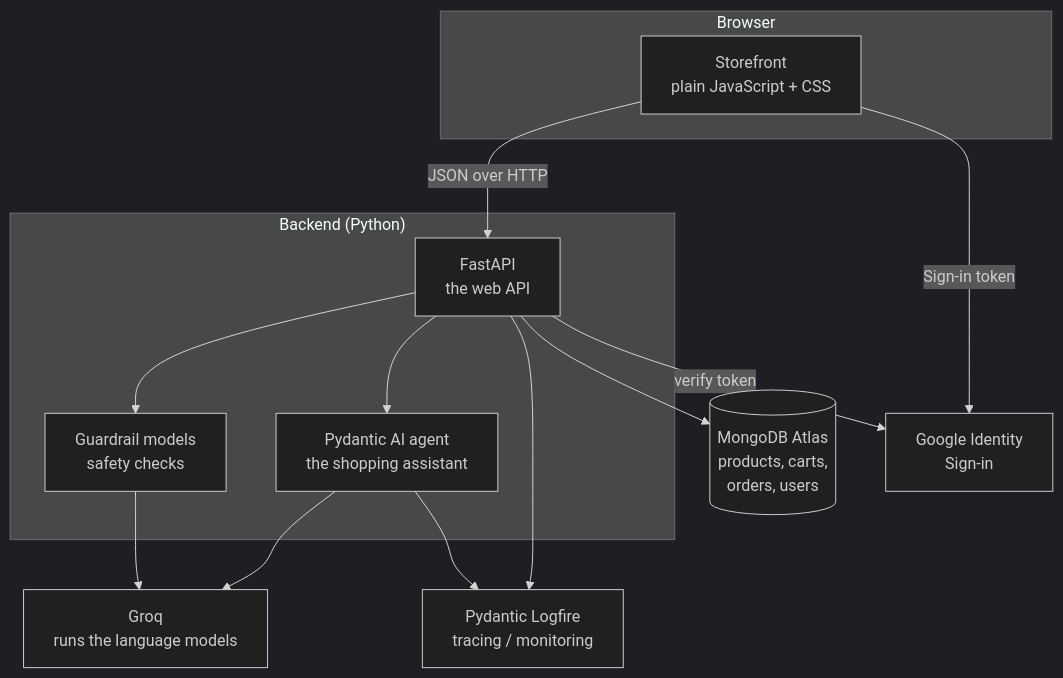
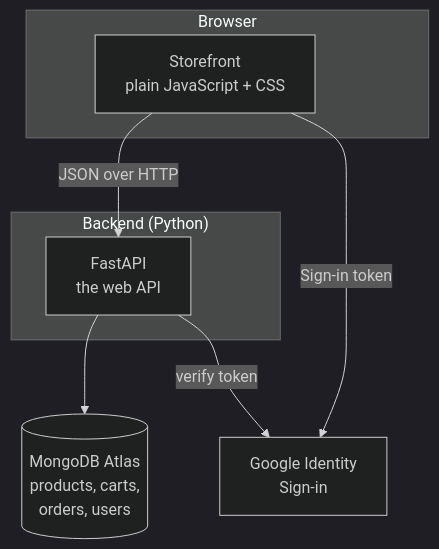
The diagram in docs/01-overview.md (d-hackmt/ecom-store-gcp), drawn with Mermaid (dark theme) before and after one commit. The commit also changed other lines of this file and 39 other files, not shown here.

````diff
--- a/docs/01-overview.md
+++ b/docs/01-overview.md
@@ -36,26 +31,16 @@
 ```mermaid
 graph TD
     subgraph Browser
         FE["Storefront<br/>plain JavaScript + CSS"]
     end
     subgraph "Backend (Python)"
         API["FastAPI<br/>the web API"]
-        AGENT["Pydantic AI agent<br/>the shopping assistant"]
-        GUARD["Guardrail models<br/>safety checks"]
     end
     DB[("MongoDB Atlas<br/>products, carts,<br/>orders, users")]
-    GROQ["Groq<br/>runs the language models"]
-    LOG["Pydantic Logfire<br/>tracing / monitoring"]
     GOOG["Google Identity<br/>Sign‑in"]
 
     FE -->|JSON over HTTP| API
     API --> DB
-    API --> AGENT
-    AGENT --> GROQ
-    GUARD --> GROQ
-    API --> GUARD
-    API --> LOG
-    AGENT --> LOG
     FE -->|Sign‑in token| GOOG
     API -->|verify token| GOOG
 ```
````
